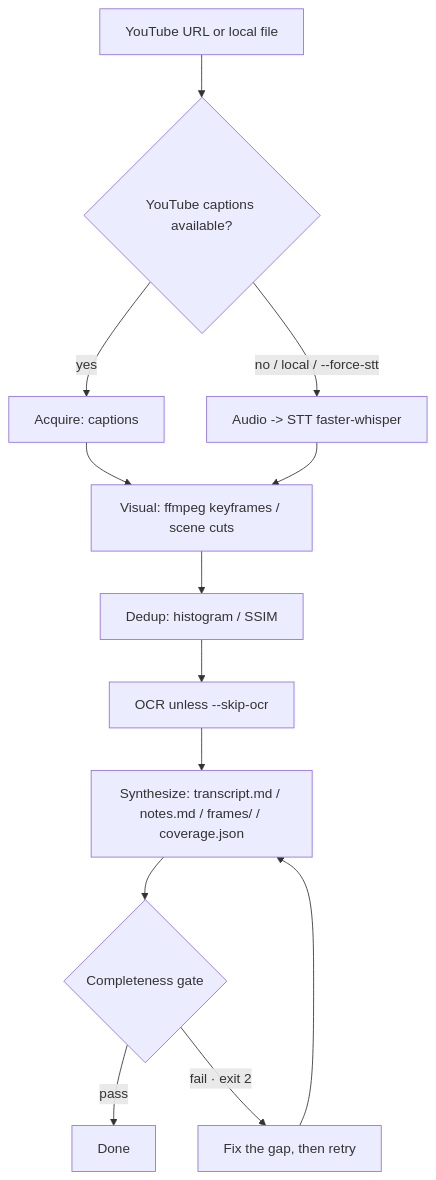
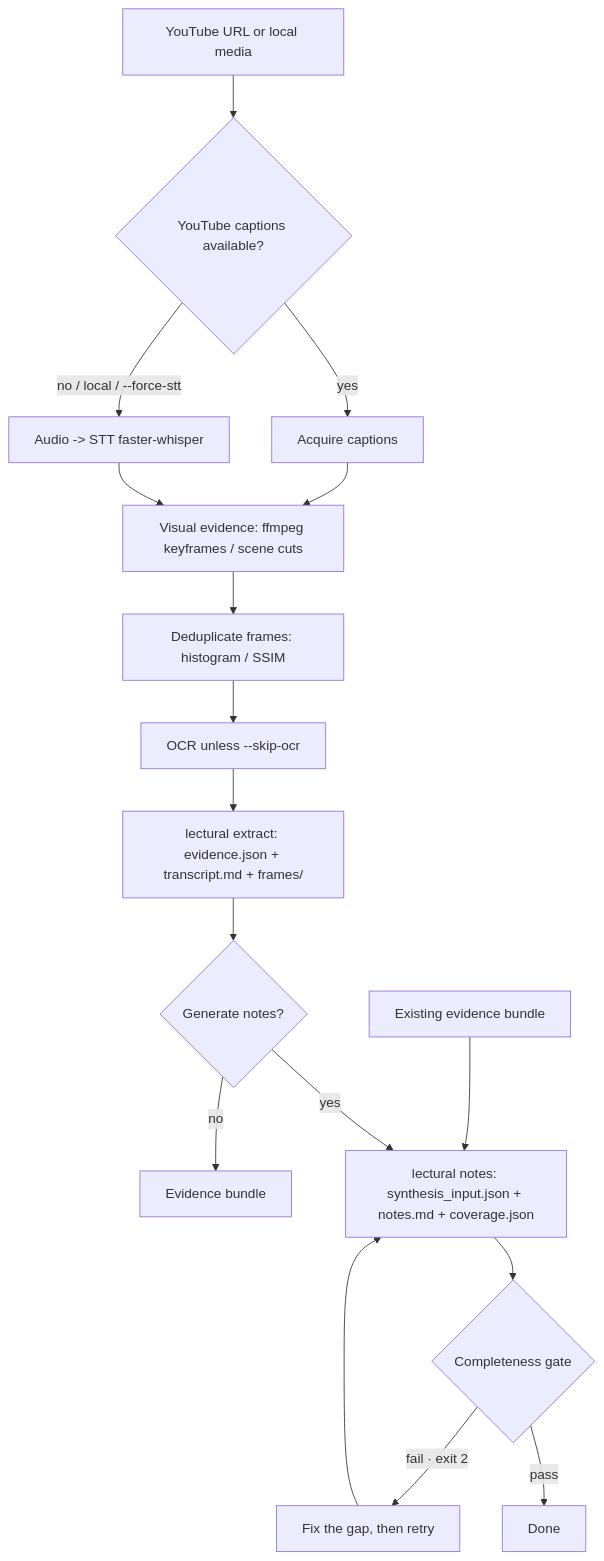
One commit to haesol-shin/lectural changed the diagram in README.md. Above: the diagram before and after it, drawn with Mermaid. The commit also changed other lines of this file and 17 other files, not shown here.

````diff
--- a/README.md
+++ b/README.md
@@ -19,15 +19,19 @@
 ```mermaid
 flowchart TD
-    A[YouTube URL or local file] --> B{YouTube captions available?}
-    B -->|yes| C[Acquire: captions]
+    A[YouTube URL or local media] --> B{YouTube captions available?}
+    B -->|yes| C[Acquire captions]
     B -->|no / local / --force-stt| D[Audio -> STT faster-whisper]
-    C --> E[Visual: ffmpeg keyframes / scene cuts]
+    C --> E[Visual evidence: ffmpeg keyframes / scene cuts]
     D --> E
-    E --> F[Dedup: histogram / SSIM]
+    E --> F[Deduplicate frames: histogram / SSIM]
     F --> G[OCR unless --skip-ocr]
-    G --> H[Synthesize: transcript.md / notes.md / frames/ / coverage.json]
-    H --> I{Completeness gate}
-    I -->|pass| J[Done]
-    I -->|fail · exit 2| K[Fix the gap, then retry]
-    K --> H
+    G --> H[lectural extract: evidence.json + transcript.md + frames/]
+    H --> I{Generate notes?}
+    I -->|yes| J[lectural notes: synthesis_input.json + notes.md + coverage.json]
+    I -->|no| K[Evidence bundle]
+    L[Existing evidence bundle] --> J
+    J --> M{Completeness gate}
+    M -->|pass| N[Done]
+    M -->|fail · exit 2| O[Fix the gap, then retry]
+    O --> J
 ```
````
